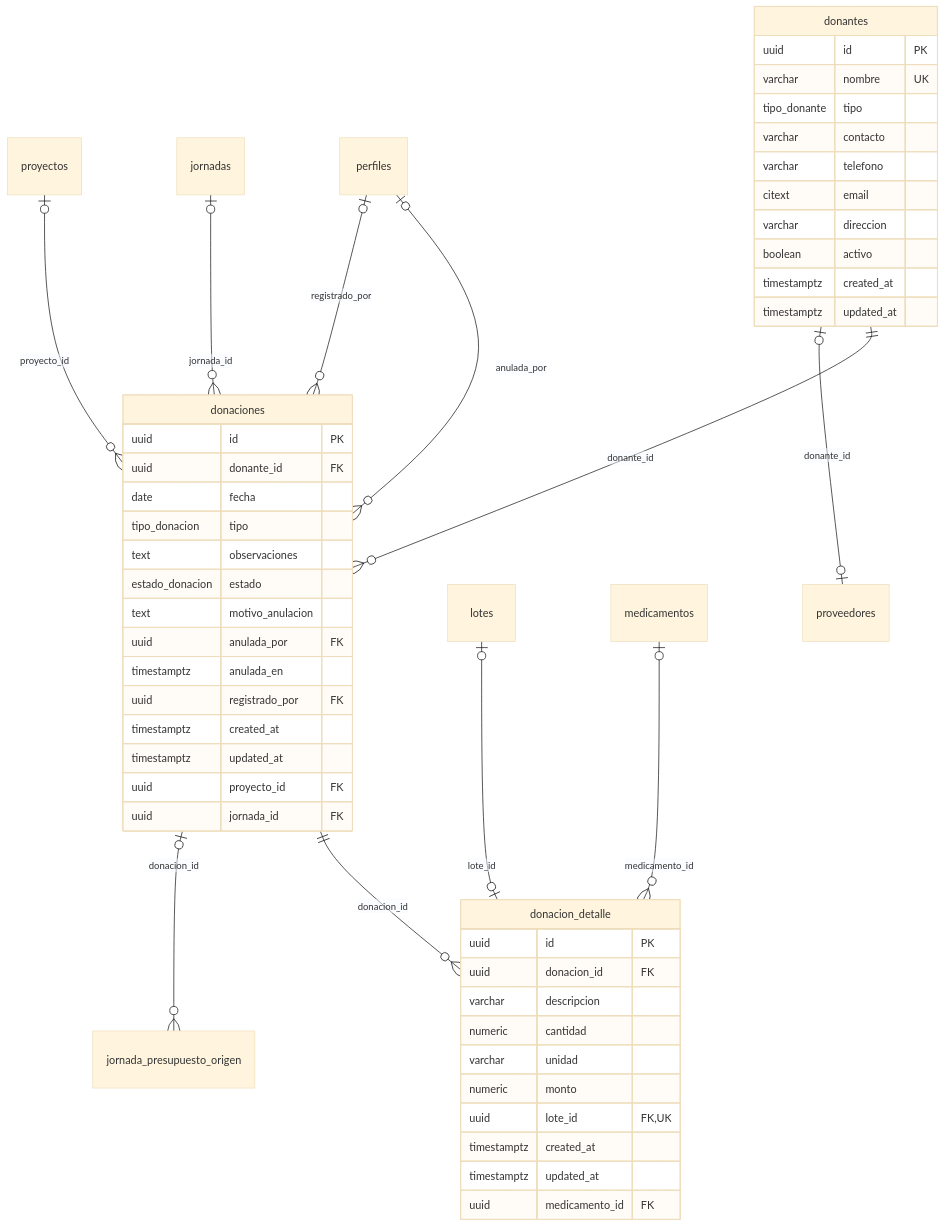
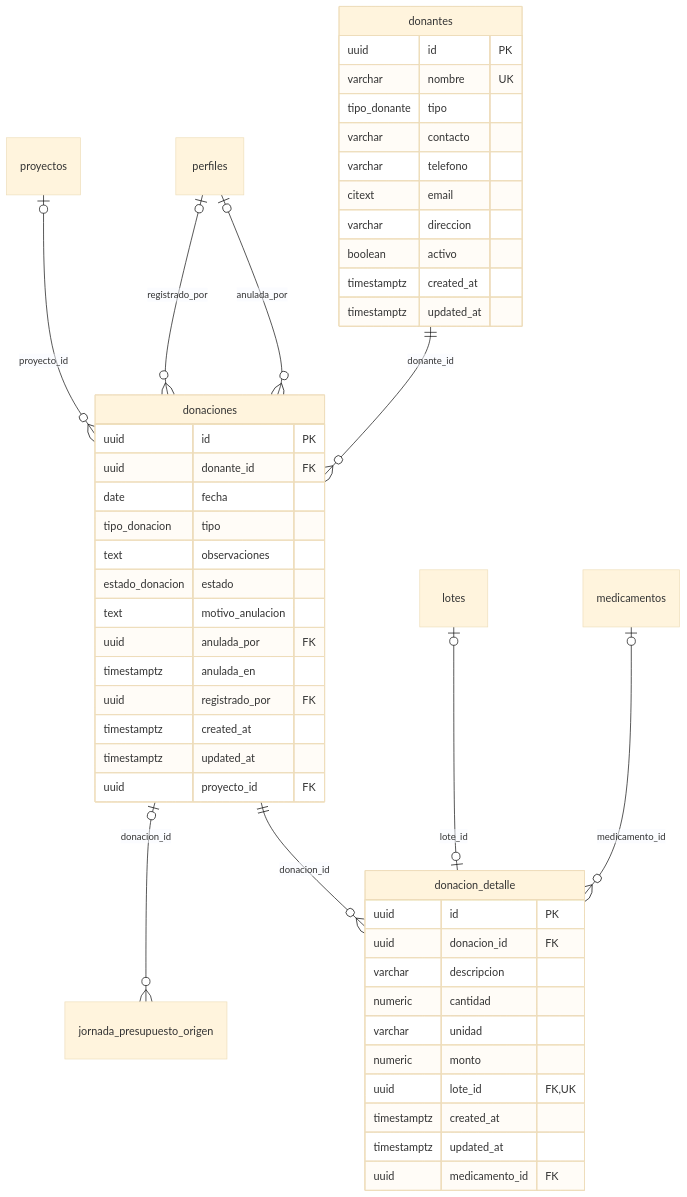
Before and after one commit to URL-ECOPAC/Ecopac-Digital: the ninth of 10 diagrams in docs/DICCIONARIO-DE-DATOS.md, drawn with Mermaid (base theme). The commit also changed other lines of this file, not shown here.

````diff
--- a/docs/DICCIONARIO-DE-DATOS.md
+++ b/docs/DICCIONARIO-DE-DATOS.md
@@ -892,53 +691,50 @@
 ```mermaid
 erDiagram
   donantes {
     uuid id PK
     varchar nombre UK
     tipo_donante tipo
     varchar contacto
     varchar telefono
     citext email
     varchar direccion
     boolean activo
     timestamptz created_at
     timestamptz updated_at
   }
   donaciones {
     uuid id PK
     uuid donante_id FK
     date fecha
     tipo_donacion tipo
     text observaciones
     estado_donacion estado
     text motivo_anulacion
     uuid anulada_por FK
     timestamptz anulada_en
     uuid registrado_por FK
     timestamptz created_at
     timestamptz updated_at
     uuid proyecto_id FK
-    uuid jornada_id FK
   }
   donacion_detalle {
     uuid id PK
     uuid donacion_id FK
     varchar descripcion
     numeric cantidad
     varchar unidad
     numeric monto
     uuid lote_id FK,UK
     timestamptz created_at
     timestamptz updated_at
     uuid medicamento_id FK
   }
   donaciones ||--o{ donacion_detalle : "donacion_id"
   lotes |o--o| donacion_detalle : "lote_id"
   medicamentos |o--o{ donacion_detalle : "medicamento_id"
   perfiles |o--o{ donaciones : "anulada_por"
   donantes ||--o{ donaciones : "donante_id"
-  jornadas |o--o{ donaciones : "jornada_id"
   proyectos |o--o{ donaciones : "proyecto_id"
   perfiles |o--o{ donaciones : "registrado_por"
   donaciones |o--o{ jornada_presupuesto_origen : "donacion_id"
-  donantes |o--o| proveedores : "donante_id"
 ```
````
